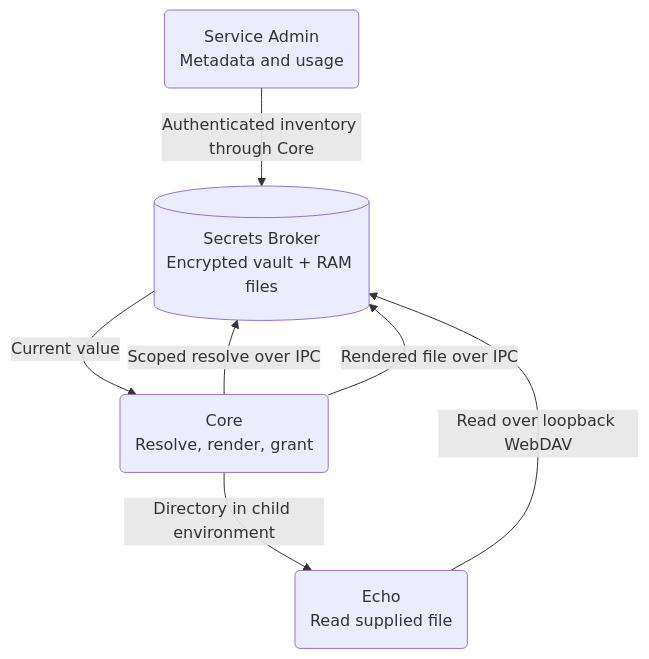
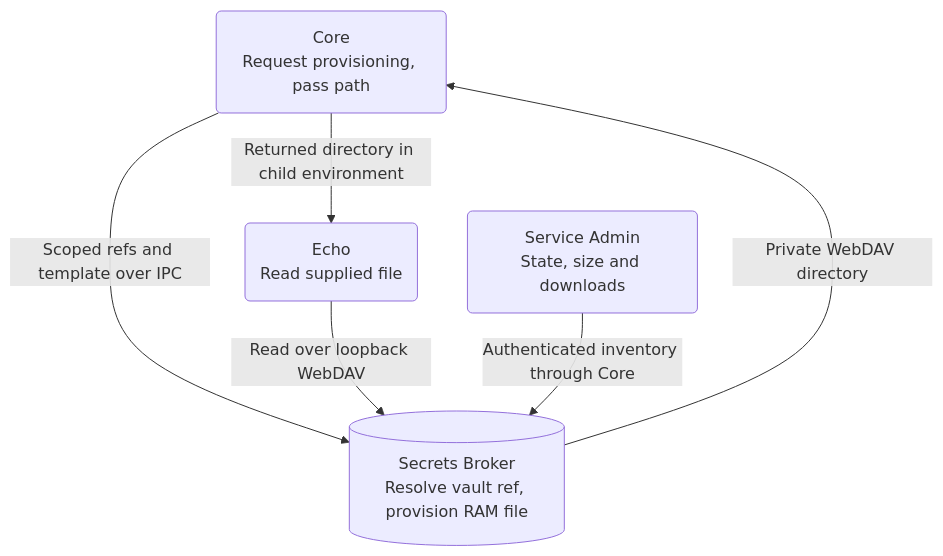
The diagram in docs/getting-started/advanced-provision-service-secrets-securely.md (service-lasso/service-lasso), drawn with Mermaid before and after one commit. The commit also changed other lines of this file and 11 other files, not shown here.

Commit message:
feat(1743): request Broker-owned secret files and document runnable Echo (#1744)

````diff
--- a/docs/getting-started/advanced-provision-service-secrets-securely.md
+++ b/docs/getting-started/advanced-provision-service-secrets-securely.md
@@ -21,15 +17,14 @@
 ```mermaid
 flowchart TB
-  accTitle: Provision a service secret file
-  accDescr: Core resolves a scoped secret from Broker, renders the declared file and returns it to Broker RAM. Echo receives a private directory in its environment and reads the file. Admin observes metadata and counters only.
-  broker[("Secrets Broker<br/>Encrypted vault + RAM files")]
-  core("Core<br/>Resolve, render, grant")
+  accTitle: Broker provisions a secret file and returns its path
+  accDescr: Core sends scoped refs and a secret-free template. Broker resolves internally and returns the WebDAV directory. Echo receives it and reads the file. Admin shows metadata.
+  core("Core<br/>Request provisioning, pass path")
+  broker[("Secrets Broker<br/>Resolve vault ref, provision RAM file")]
   echo("Echo<br/>Read supplied file")
-  admin("Service Admin<br/>Metadata and usage")
-  core -->|Scoped resolve over IPC| broker
-  broker -->|Current value| core
-  core -->|Rendered file over IPC| broker
-  core -->|Directory in child environment| echo
+  admin("Service Admin<br/>State, size and downloads")
+  core -->|Scoped refs and template over IPC| broker
+  broker -->|Private WebDAV directory| core
+  core -->|Returned directory in child environment| echo
   echo -->|Read over loopback WebDAV| broker
   admin -->|Authenticated inventory through Core| broker
 ```
````
